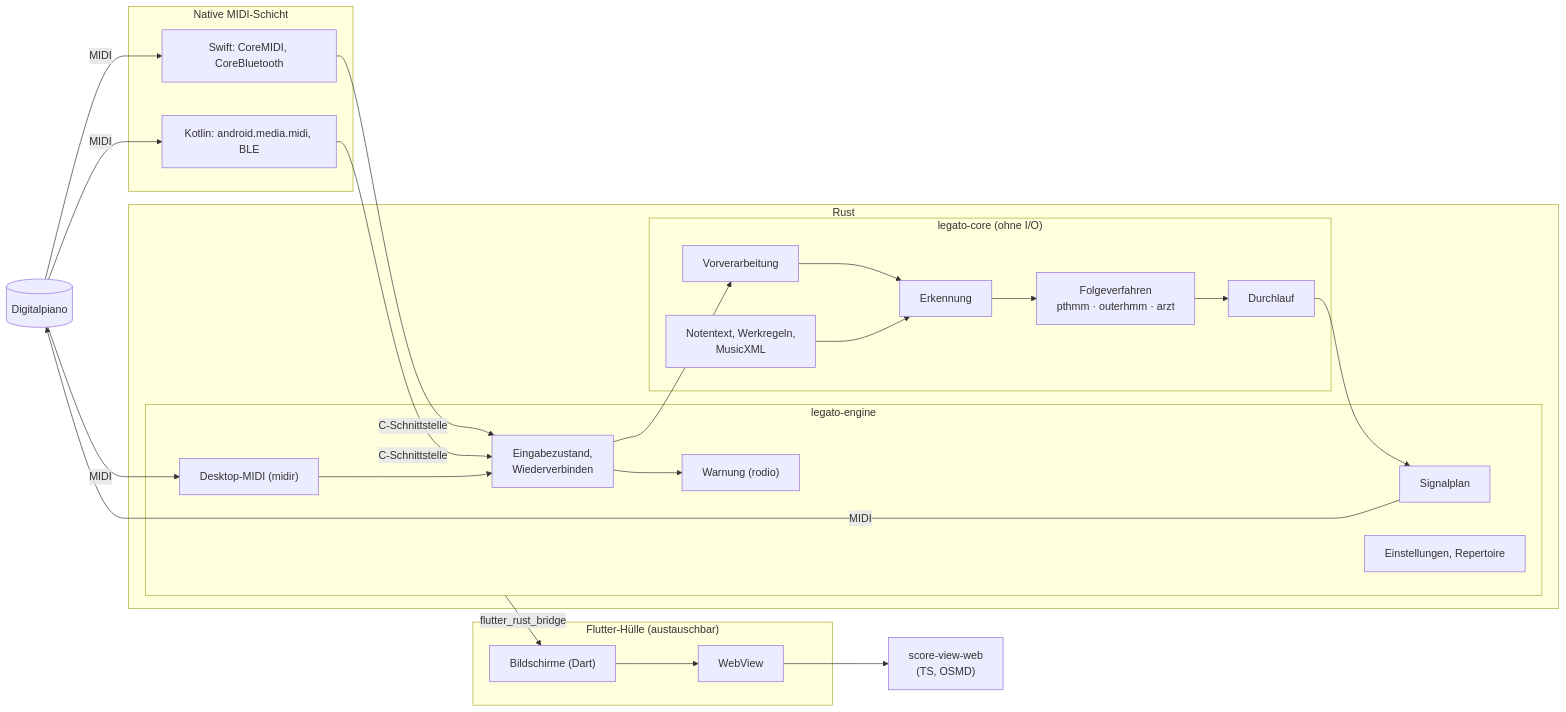
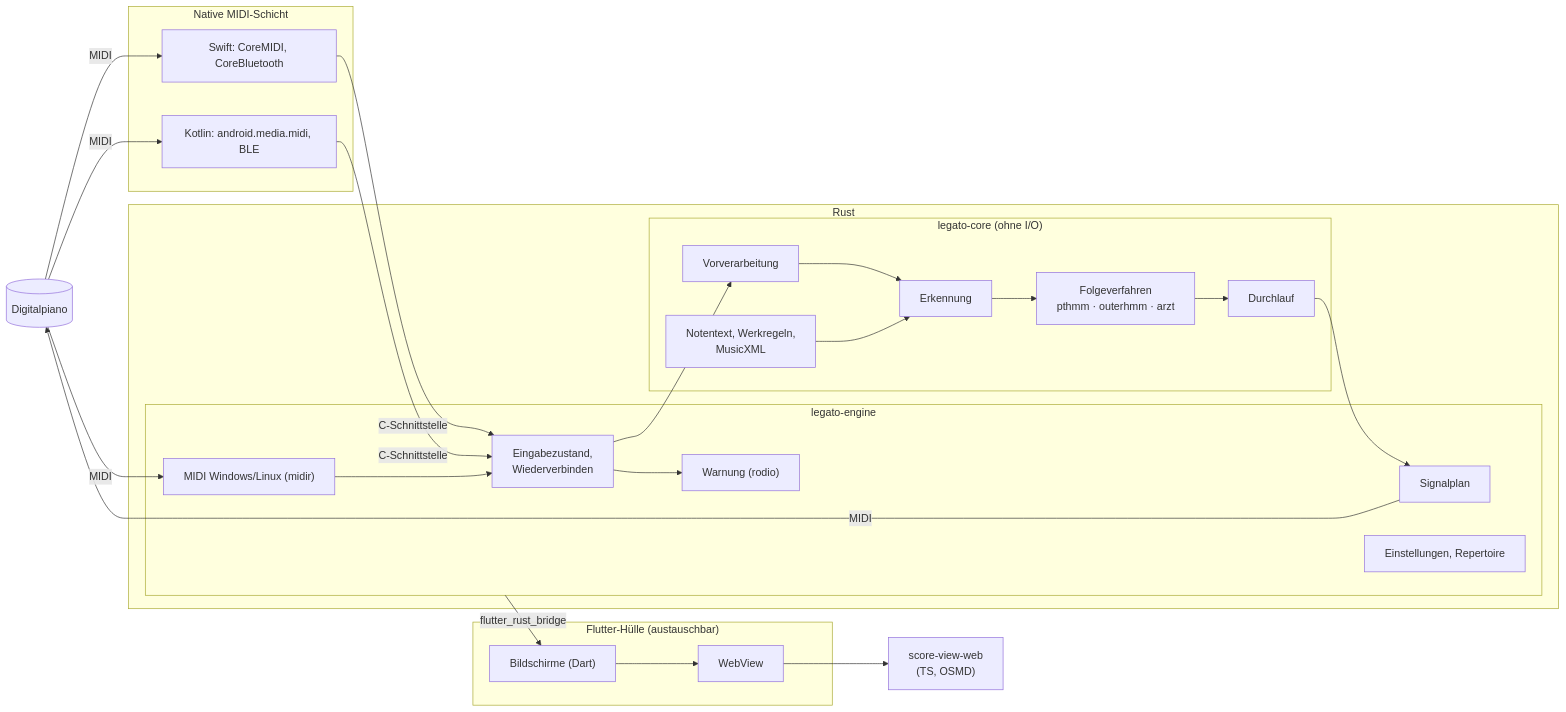
One commit to Meisterschueler/legato changed the diagram in specs/001-legato-mvp/plan.md. Above: the diagram before and after it, drawn with Mermaid. The commit also changed other lines of this file and 4 other files, not shown here.

````diff
--- a/specs/001-legato-mvp/plan.md
+++ b/specs/001-legato-mvp/plan.md
@@ -56,37 +56,37 @@
 ```mermaid
 flowchart LR
     Piano[(Digitalpiano)]
     subgraph Nativ["Native MIDI-Schicht"]
         Swift["Swift: CoreMIDI, CoreBluetooth"]
         Kotlin["Kotlin: android.media.midi, BLE"]
     end
     subgraph Rust["Rust"]
         subgraph Engine["legato-engine"]
-            Desk["Desktop-MIDI (midir)"]
+            Desk["MIDI Windows/Linux (midir)"]
             Verb["Eingabezustand,<br/>Wiederverbinden"]
             Sig["Signalplan"]
             Warn["Warnung (rodio)"]
             Pers["Einstellungen, Repertoire"]
         end
         subgraph Kern["legato-core (ohne I/O)"]
             Vor["Vorverarbeitung"]
             Erk["Erkennung"]
             Folge["Folgeverfahren<br/>pthmm · outerhmm · arzt"]
             Dl["Durchlauf"]
             Noten["Notentext, Werkregeln,<br/>MusicXML"]
         end
     end
     subgraph Huelle["Flutter-Hülle (austauschbar)"]
         UI["Bildschirme (Dart)"]
         WV["WebView"]
     end
     Web["score-view-web<br/>(TS, OSMD)"]
     Piano -- MIDI --> Swift & Kotlin -- "C-Schnittstelle" --> Verb
     Piano -- MIDI --> Desk --> Verb
     Verb --> Vor --> Erk --> Folge --> Dl
     Dl --> Sig -- MIDI --> Piano
     Verb --> Warn
     Noten --> Erk
     Engine -- "flutter_rust_bridge" --> UI
     UI --> WV --> Web
 ```
````
